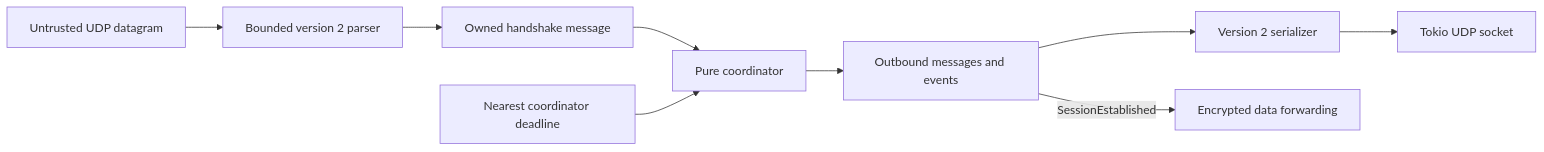
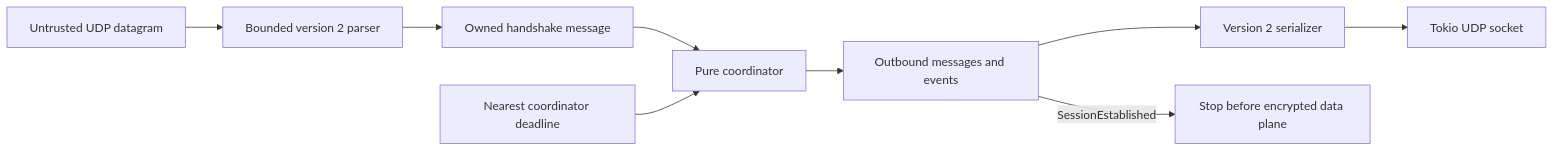
Before and after one commit to thiennguyen56/crabnet: the seventh of 9 diagrams in docs/diagrams.md, drawn with Mermaid. The commit also changed other lines of this file, not shown here.

````diff
--- a/docs/diagrams.md
+++ b/docs/diagrams.md
@@ -249,16 +249,16 @@
 ```mermaid
 flowchart LR
     Datagram[Untrusted UDP datagram]
     Parser[Bounded version 2 parser]
     Message[Owned handshake message]
     Coordinator[Pure coordinator]
     Report[Outbound messages and events]
     Serializer[Version 2 serializer]
     Socket[Tokio UDP socket]
     Deadline[Nearest coordinator deadline]
-    Forwarding[Encrypted data forwarding]
+    Stop[Stop before encrypted data plane]
 
     Datagram --> Parser --> Message --> Coordinator --> Report --> Serializer --> Socket
     Deadline --> Coordinator
-    Report -->|SessionEstablished| Forwarding
+    Report -->|SessionEstablished| Stop
 ```
````
